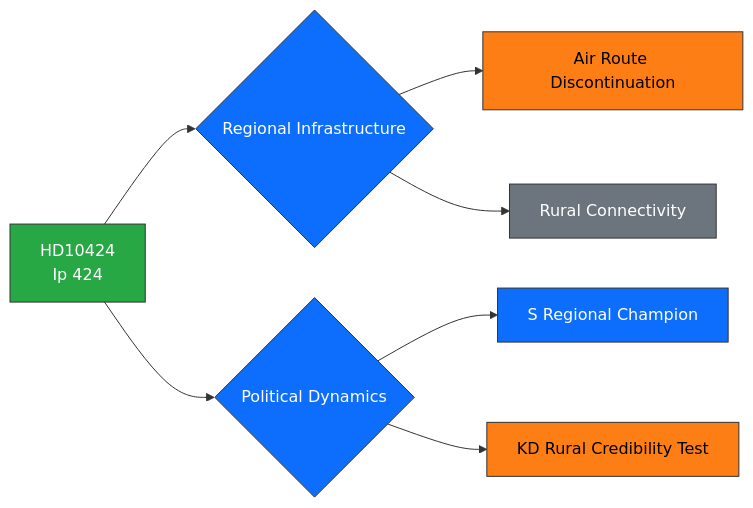
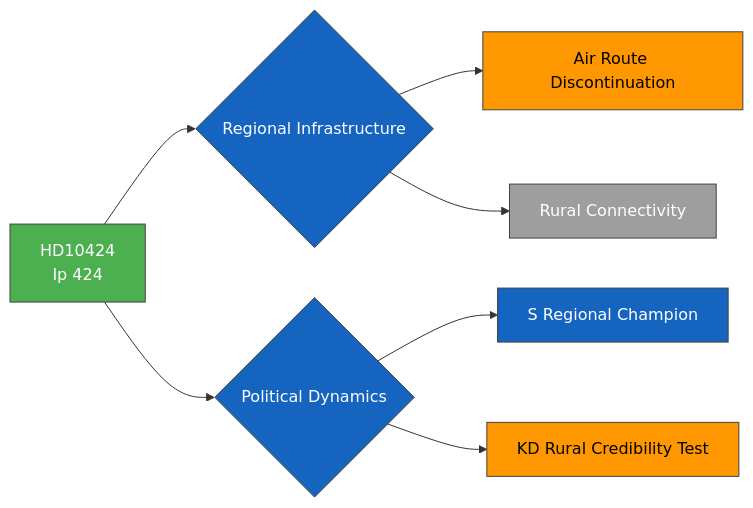
One commit to Hack23/riksdagsmonitor changed the diagram in analysis/daily/2026-03-31/documents/hd10424-analysis.md. Above: the diagram before and after it, drawn with Mermaid. The commit also changed 785 other files, not shown here.

First line of the commit message:
Normalize mermaid colors across 786 analysis artifacts to ISMS Style Guide palette

````diff
--- a/analysis/daily/2026-03-31/documents/hd10424-analysis.md
+++ b/analysis/daily/2026-03-31/documents/hd10424-analysis.md
@@ -30,16 +30,16 @@
 ```mermaid
 graph LR
     A[HD10424<br/>Ip 424] --> B{Regional Infrastructure}
     B --> C[Air Route Discontinuation]
     B --> D[Rural Connectivity]
     A --> E{Political Dynamics}
     E --> F[S Regional Champion]
     E --> G[KD Rural Credibility Test]
-    style A fill:#28a745,stroke:#333,color:#fff
-    style B fill:#0d6efd,stroke:#333,color:#fff
-    style E fill:#0d6efd,stroke:#333,color:#fff
-    style C fill:#fd7e14,stroke:#333,color:#000
-    style D fill:#6c757d,stroke:#333,color:#fff
-    style F fill:#0d6efd,stroke:#333,color:#fff
-    style G fill:#fd7e14,stroke:#333,color:#000
+    style A fill:#4CAF50,stroke:#424242,color:#FFFFFF
+    style B fill:#1565C0,stroke:#424242,color:#FFFFFF
+    style E fill:#1565C0,stroke:#424242,color:#FFFFFF
+    style C fill:#FF9800,stroke:#424242,color:#000000
+    style D fill:#9E9E9E,stroke:#424242,color:#FFFFFF
+    style F fill:#1565C0,stroke:#424242,color:#FFFFFF
+    style G fill:#FF9800,stroke:#424242,color:#000000
 ```
````
